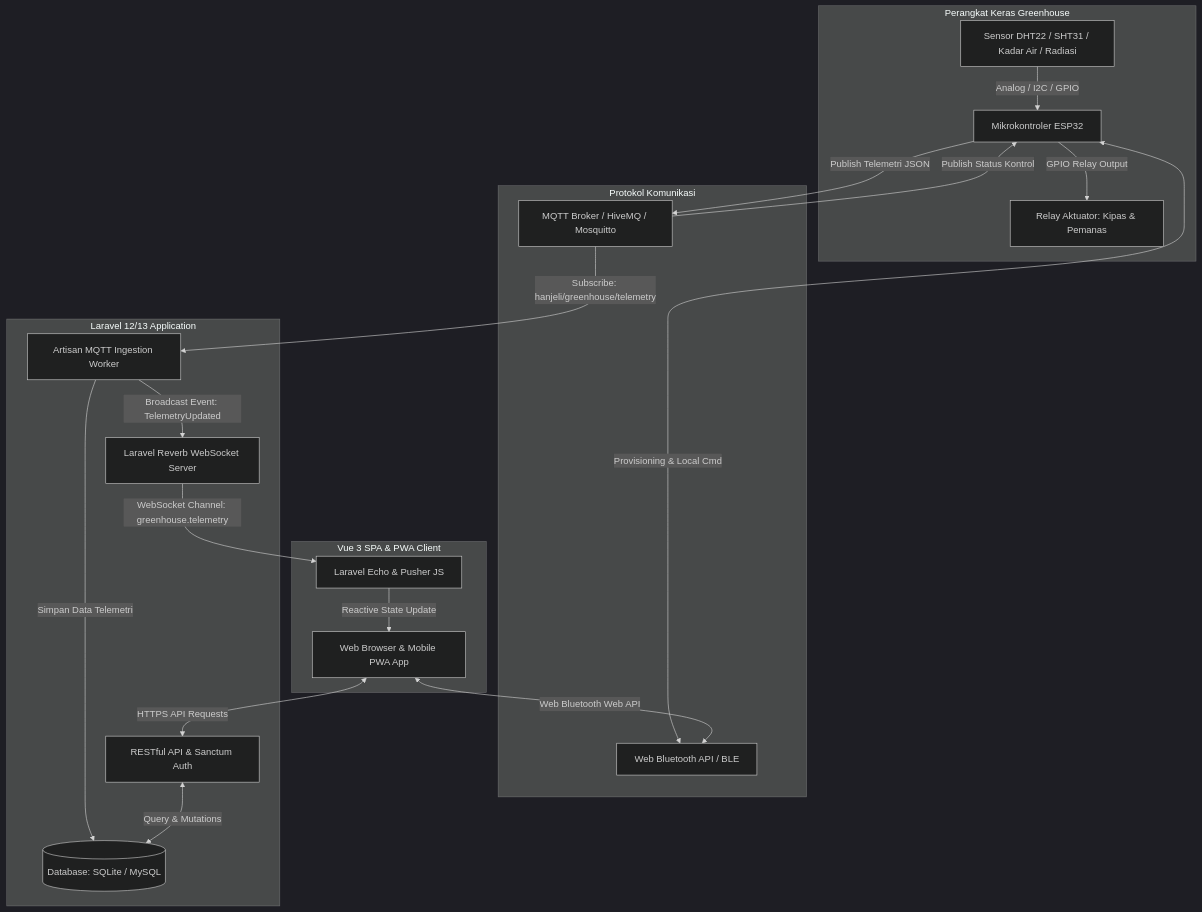
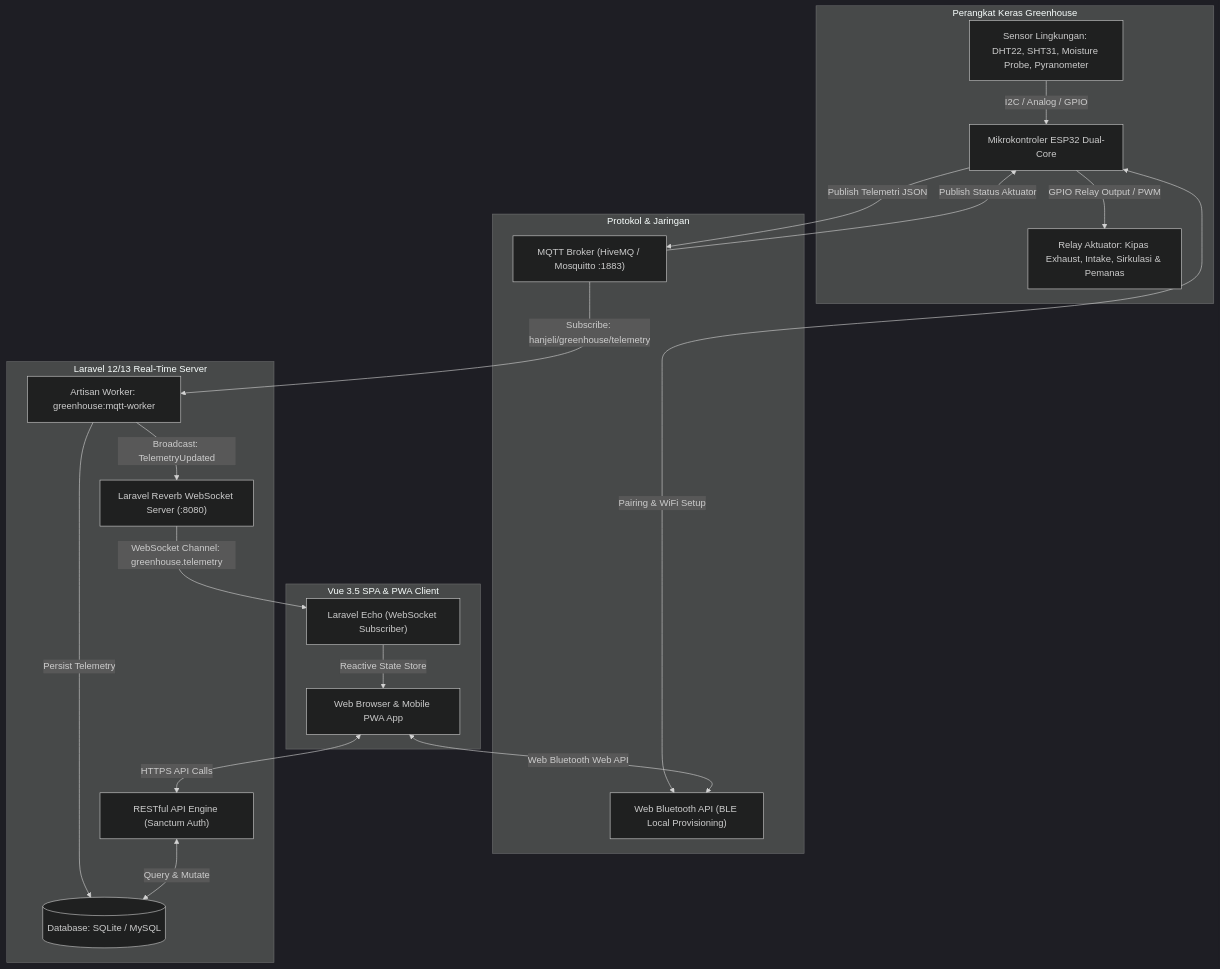
One commit to fatintsani/app-smart-dryer-hanjeli changed the diagram in README.md. Above: the diagram before and after it, drawn with Mermaid (dark theme). The commit also changed other lines of this file and 108 other files, not shown here.

Commit message:
feat: implement smart dryer platform with Laravel backend, Vue.js frontend, and hardware simulator

````diff
--- a/README.md
+++ b/README.md
@@ -60,40 +117,40 @@
 ```mermaid
 flowchart TD
-    subgraph Hardware [Perangkat Keras Greenhouse]
-        ESP32[Mikrokontroler ESP32]
-        Sensors[Sensor DHT22 / SHT31 / Kadar Air / Radiasi]
-        Relays[Relay Aktuator: Kipas & Pemanas]
-        Sensors -->|Analog / I2C / GPIO| ESP32
-        ESP32 -->|GPIO Relay Output| Relays
+    subgraph Hardware ["Perangkat Keras Greenhouse"]
+        ESP32["Mikrokontroler ESP32 Dual-Core"]
+        Sensors["Sensor Lingkungan: DHT22, SHT31, Moisture Probe, Pyranometer"]
+        Relays["Relay Aktuator: Kipas Exhaust, Intake, Sirkulasi & Pemanas"]
+        Sensors -->|I2C / Analog / GPIO| ESP32
+        ESP32 -->|GPIO Relay Output / PWM| Relays
     end
 
-    subgraph Connectivity [Protokol Komunikasi]
-        BLE[Web Bluetooth API / BLE]
-        MQTTBroker[MQTT Broker / HiveMQ / Mosquitto]
-        ESP32 <-->|Provisioning & Local Cmd| BLE
+    subgraph Connectivity ["Protokol & Jaringan"]
+        BLE["Web Bluetooth API (BLE Local Provisioning)"]
+        MQTTBroker["MQTT Broker (HiveMQ / Mosquitto :1883)"]
+        ESP32 <-->|Pairing & WiFi Setup| BLE
         ESP32 -->|Publish Telemetri JSON| MQTTBroker
-        MQTTBroker -->|Publish Status Kontrol| ESP32
+        MQTTBroker -->|Publish Status Aktuator| ESP32
     end
 
-    subgraph Backend [Laravel 12/13 Application]
-        MQTTWorker[Artisan MQTT Ingestion Worker]
-        DB[(Database: SQLite / MySQL)]
-        Reverb[Laravel Reverb WebSocket Server]
-        REST[RESTful API & Sanctum Auth]
+    subgraph Backend ["Laravel 12/13 Real-Time Server"]
+        MQTTWorker["Artisan Worker: greenhouse:mqtt-worker"]
+        DB[("Database: SQLite / MySQL")]
+        Reverb["Laravel Reverb WebSocket Server (:8080)"]
+        REST["RESTful API Engine (Sanctum Auth)"]
         
         MQTTBroker -->|Subscribe: hanjeli/greenhouse/telemetry| MQTTWorker
-        MQTTWorker -->|Simpan Data Telemetri| DB
-        MQTTWorker -->|Broadcast Event: TelemetryUpdated| Reverb
-        REST <-->|Query & Mutations| DB
+        MQTTWorker -->|Persist Telemetry| DB
+        MQTTWorker -->|Broadcast: TelemetryUpdated| Reverb
+        REST <-->|Query & Mutate| DB
     end
 
-    subgraph Frontend [Vue 3 SPA & PWA Client]
-        WebClient[Web Browser & Mobile PWA App]
-        Echo[Laravel Echo & Pusher JS]
+    subgraph Frontend ["Vue 3.5 SPA & PWA Client"]
+        WebClient["Web Browser & Mobile PWA App"]
+        Echo["Laravel Echo (WebSocket Subscriber)"]
         
         WebClient <-->|Web Bluetooth Web API| BLE
         Reverb -->|WebSocket Channel: greenhouse.telemetry| Echo
-        Echo -->|Reactive State Update| WebClient
-        WebClient <-->|HTTPS API Requests| REST
+        Echo -->|Reactive State Store| WebClient
+        WebClient <-->|HTTPS API Calls| REST
     end
 ```
````
